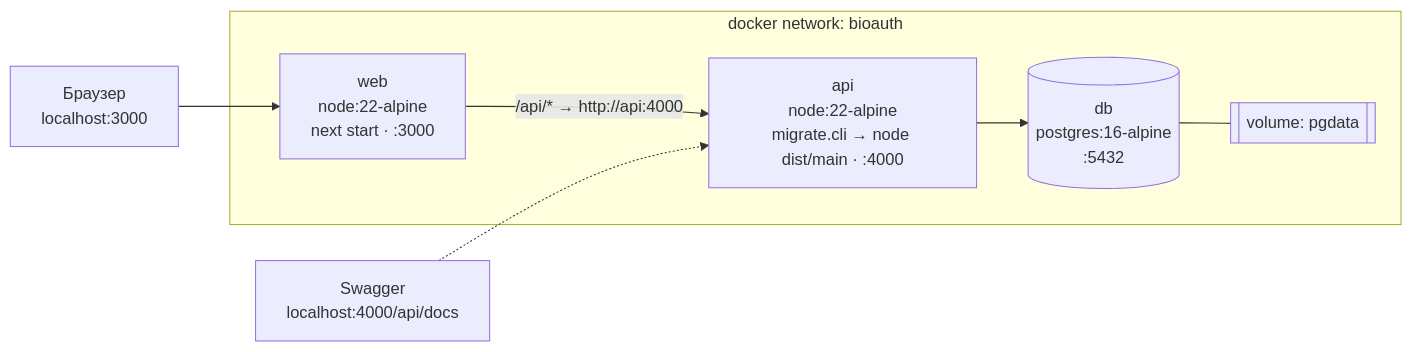
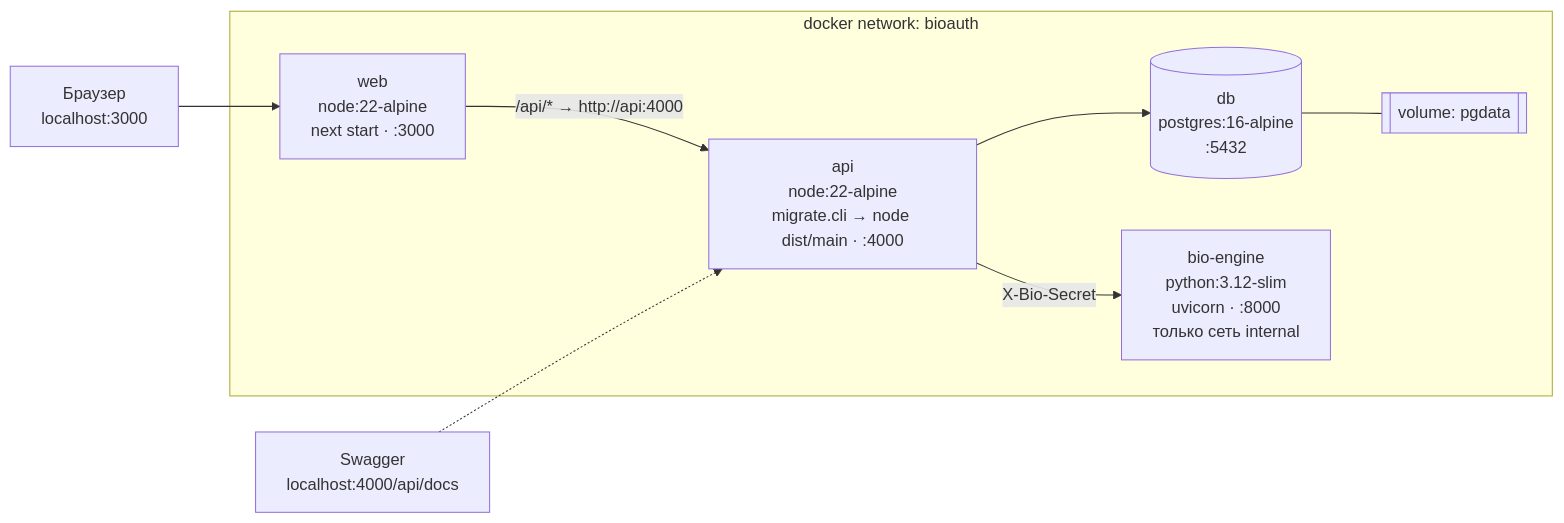
The diagram in docs/06-deployment.md (DcNi3L/bioauth-optimizer), drawn with Mermaid before and after one commit. The commit also changed other lines of this file and 21 other files, not shown here.

First line of the commit message:
docs: документация v2 — архитектура, API, схема, развёртывание, тесты, ADR

````diff
--- a/docs/06-deployment.md
+++ b/docs/06-deployment.md
@@ -5,14 +5,16 @@
 ```mermaid
 flowchart LR
   B["Браузер<br/>localhost:3000"] --> WEB
   subgraph net["docker network: bioauth"]
     WEB["web<br/>node:22-alpine<br/>next start · :3000"]
     API["api<br/>node:22-alpine<br/>migrate.cli → node dist/main · :4000"]
     DB[("db<br/>postgres:16-alpine<br/>:5432")]
+    BIO["bio-engine<br/>python:3.12-slim<br/>uvicorn · :8000<br/>только сеть internal"]
     VOL[["volume: pgdata"]]
   end
   WEB -- "/api/* → http://api:4000" --> API
   API --> DB
+  API -- "X-Bio-Secret" --> BIO
   DB --- VOL
   SW["Swagger<br/>localhost:4000/api/docs"] -.-> API
 ```
````
